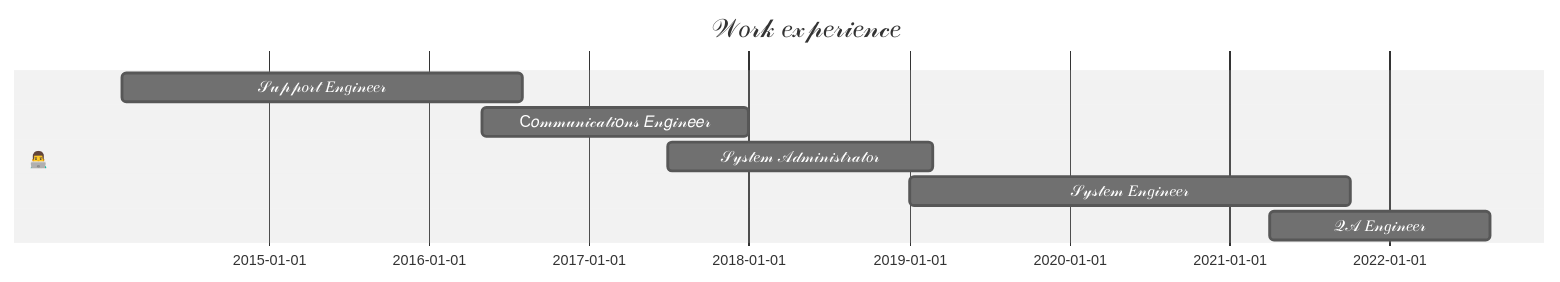
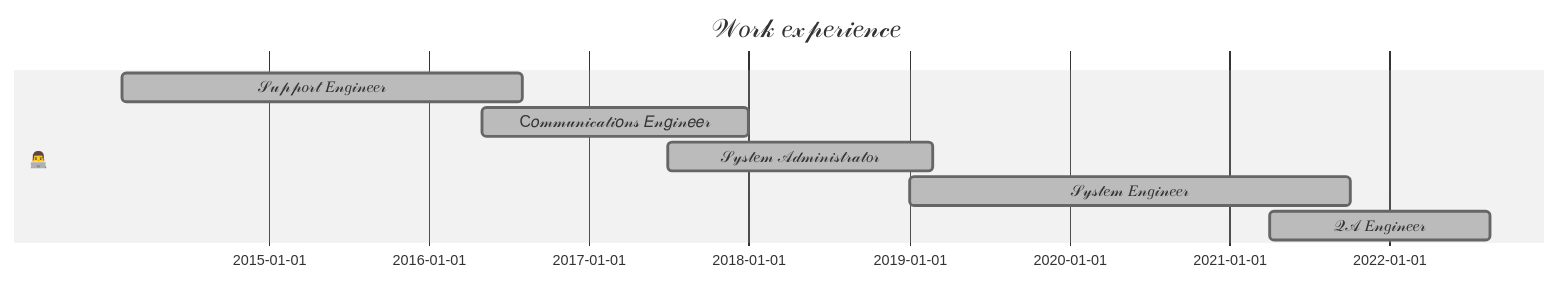
The diagram in README.md (SergeevSergeiS/SergeevSergeiS), drawn with Mermaid (neutral theme) before and after one commit. The commit also changed other lines of this file, not shown here.

````diff
--- a/README.md
+++ b/README.md
@@ -32,11 +32,11 @@
-  ```mermaid
-    gantt
+```mermaid
+  gantt 
     title 𝒲𝑜𝓇𝓀 𝑒𝓍𝓅𝑒𝓇𝒾𝑒𝓃𝒸𝑒
     dateFormat  YYYY-MM
     section 👨‍💻
-    𝒮𝓊𝓅𝓅𝑜𝓇𝓉 𝐸𝓃𝑔𝒾𝓃𝑒𝑒𝓇         :a1, 2014-02, 912d
-    С𝑜𝓂𝓂𝓊𝓃𝒾𝒸𝒶𝓉𝒾𝑜𝓃𝓈 𝐸𝓃𝑔𝒾𝓃𝑒𝑒𝓇 :a1, 2016-05, 608d
-    𝒮𝓎𝓈𝓉𝑒𝓂 𝒜𝒹𝓂𝒾𝓃𝒾𝓈𝓉𝓇𝒶𝓉𝑜𝓇    :a1, 2017-07, 604d
-    𝒮𝓎𝓈𝓉𝑒𝓂 𝐸𝓃𝑔𝒾𝓃𝑒𝑒𝓇          :a1, 2019-01,  1005d
-    𝒬𝒜 𝐸𝓃𝑔𝒾𝓃𝑒𝑒𝓇               :a1, 2021-04, 504d
-  ```
+    𝒮𝓊𝓅𝓅𝑜𝓇𝓉 𝐸𝓃𝑔𝒾𝓃𝑒𝑒𝓇         :done, 2014-02, 912d
+    С𝑜𝓂𝓂𝓊𝓃𝒾𝒸𝒶𝓉𝒾𝑜𝓃𝓈 𝐸𝓃𝑔𝒾𝓃𝑒𝑒𝓇 :done, 2016-05, 608d
+    𝒮𝓎𝓈𝓉𝑒𝓂 𝒜𝒹𝓂𝒾𝓃𝒾𝓈𝓉𝓇𝒶𝓉𝑜𝓇    :done, 2017-07, 604d
+    𝒮𝓎𝓈𝓉𝑒𝓂 𝐸𝓃𝑔𝒾𝓃𝑒𝑒𝓇          :done, 2019-01,  1005d
+    𝒬𝒜 𝐸𝓃𝑔𝒾𝓃𝑒𝑒𝓇               :done, 2021-04, 504d
+```
````
